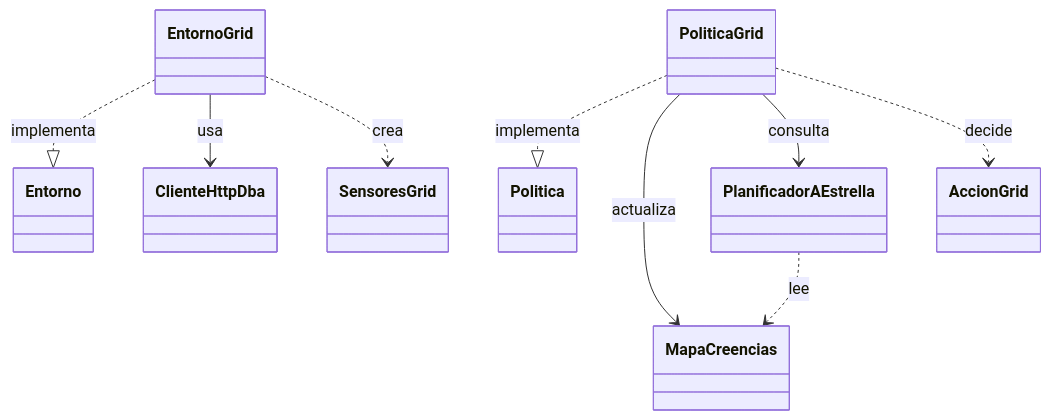
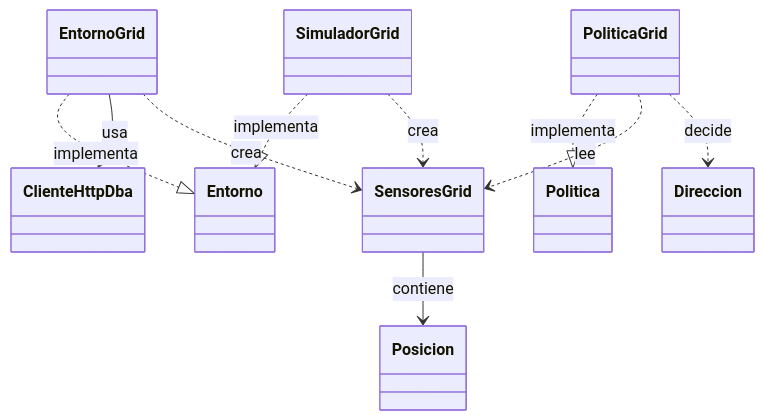
One commit to leemon22/DBApractica2 changed the third of 3 diagrams in README.md. Above: the diagram before and after it, drawn with Mermaid. The commit also changed other lines of this file and 5 other files, not shown here.

Commit message:
Clases Direccion, Posicion y Sensores añadidas

````diff
--- a/README.md
+++ b/README.md
@@ -232,11 +240,12 @@
 ```mermaid
 classDiagram
     EntornoGrid ..|> Entorno : implementa
+    SimuladorGrid ..|> Entorno : implementa
     PoliticaGrid ..|> Politica : implementa
     EntornoGrid --> ClienteHttpDba : usa
     EntornoGrid ..> SensoresGrid : crea
-    PoliticaGrid --> MapaCreencias : actualiza
-    PoliticaGrid --> PlanificadorAEstrella : consulta
-    PlanificadorAEstrella ..> MapaCreencias : lee
-    PoliticaGrid ..> AccionGrid : decide
+    SimuladorGrid ..> SensoresGrid : crea
+    SensoresGrid --> Posicion : contiene
+    PoliticaGrid ..> SensoresGrid : lee
+    PoliticaGrid ..> Direccion : decide
 ```
````
